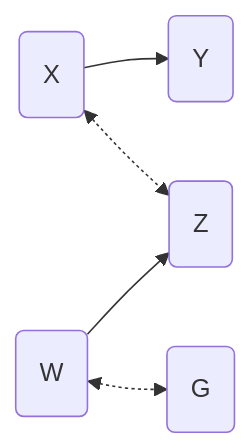
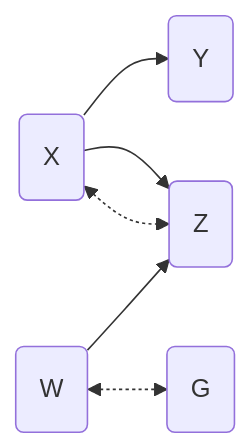
One commit to santikka/cfid changed the first of 4 diagrams in README.Rmd. Above: the diagram before and after it, drawn with Mermaid. The commit also changed other lines of this file and 1 other file, not shown here.

Commit message:
add missing edge to first DAG example

````diff
--- a/README.Rmd
+++ b/README.Rmd
@@ -58,7 +58,8 @@
 ```mermaid
 flowchart LR;
   X(X)-->Y(Y);
-  X<-.->Z(Z);
+  X(X)-->Z(Z);
+  X<-.->Z;
   W(W)-->Z;
   W<-.->G(G);
 ```
````
